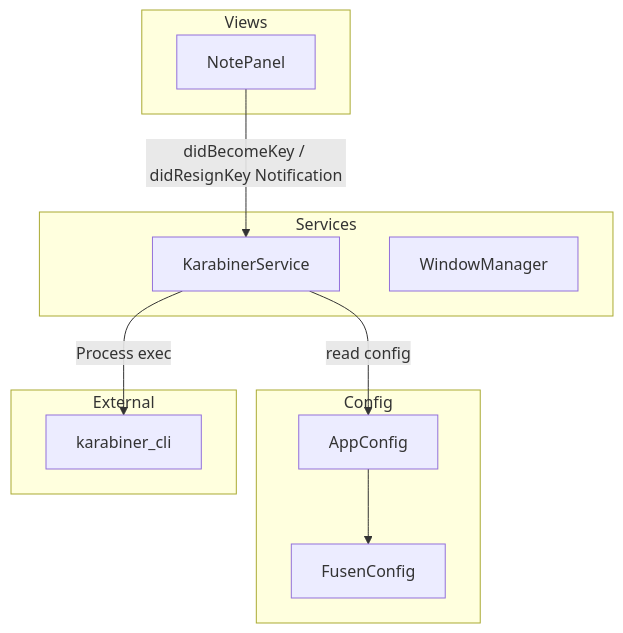
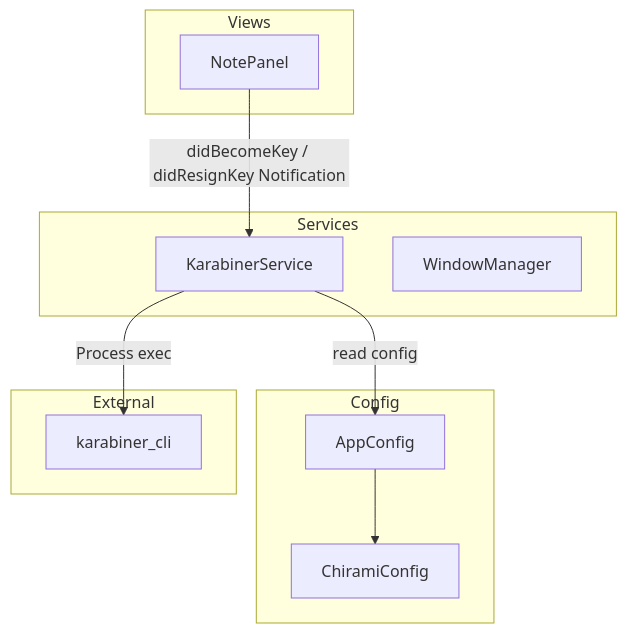
One commit to uphy/chirami changed the first of 2 diagrams in .kiro/specs/karabiner-variable-on-focus/design.md. Above: the diagram before and after it, drawn with Mermaid. The commit also changed other lines of this file and 78 other files, not shown here.

````diff
--- a/.kiro/specs/karabiner-variable-on-focus/design.md
+++ b/.kiro/specs/karabiner-variable-on-focus/design.md
@@ -35,22 +35,22 @@
 ```mermaid
 graph TB
     subgraph Views
         NotePanel[NotePanel]
     end
     subgraph Services
         KarabinerService[KarabinerService]
         WindowManager[WindowManager]
     end
     subgraph Config
         AppConfig[AppConfig]
-        FusenConfig[FusenConfig]
+        ChiramiConfig[ChiramiConfig]
     end
     subgraph External
         KarabinerCLI[karabiner_cli]
     end
 
     NotePanel -->|didBecomeKey / didResignKey Notification| KarabinerService
     KarabinerService -->|read config| AppConfig
-    AppConfig --> FusenConfig
+    AppConfig --> ChiramiConfig
     KarabinerService -->|Process exec| KarabinerCLI
 ```
````
